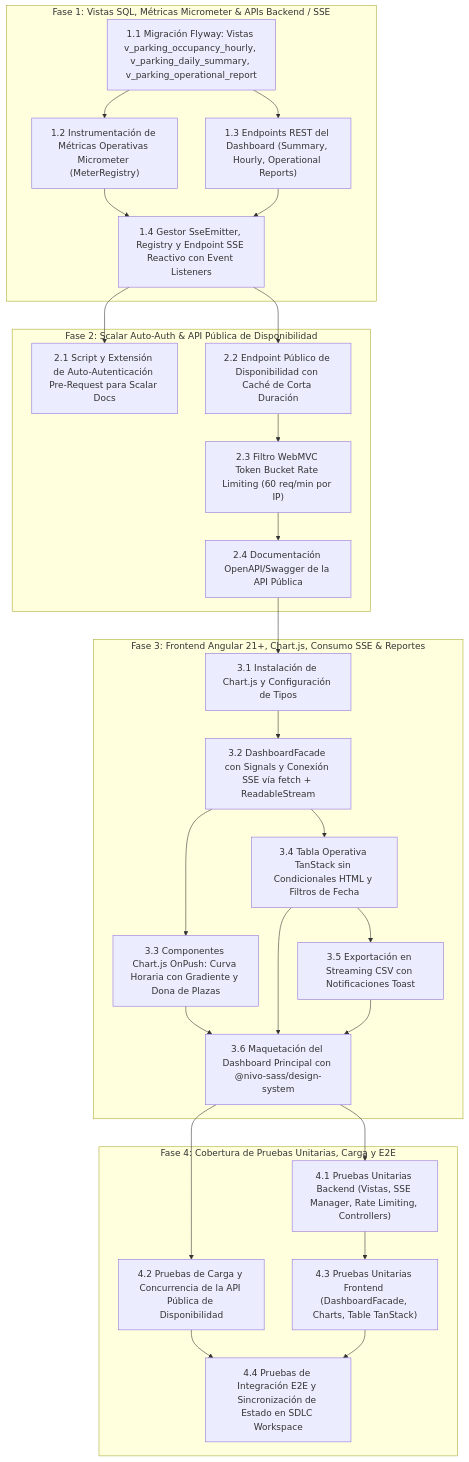
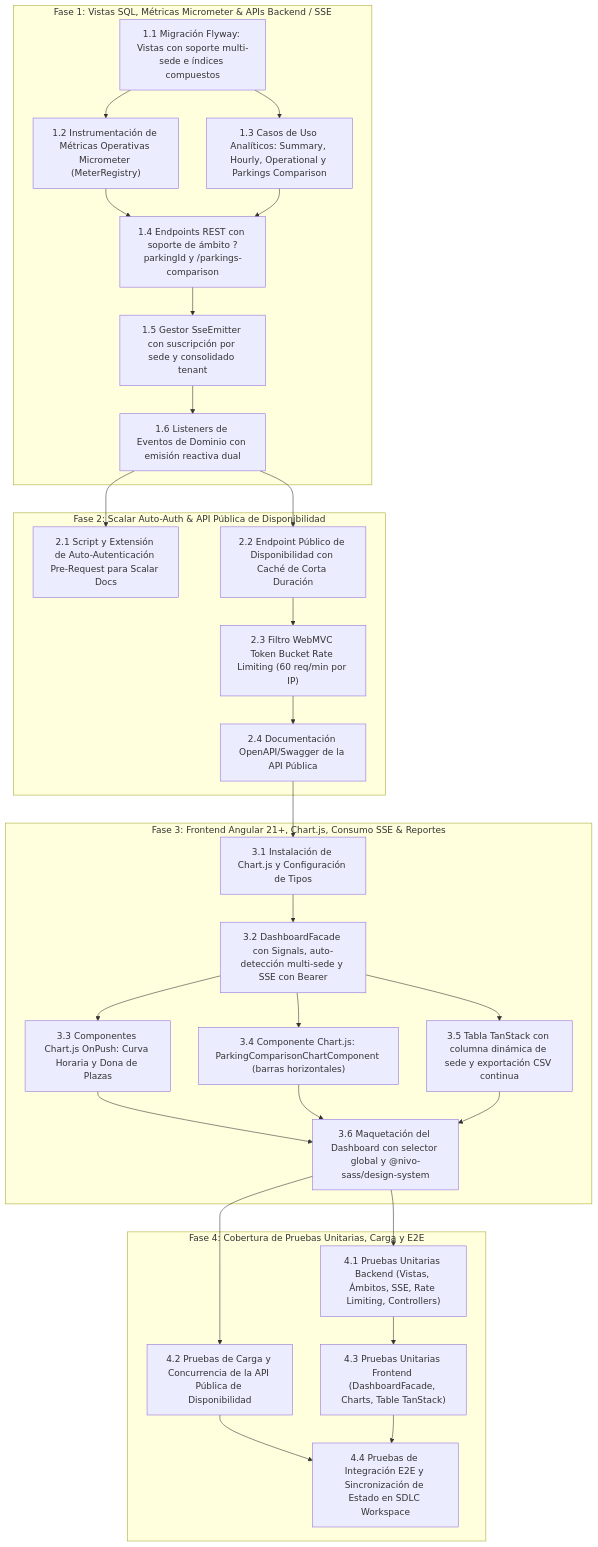
One commit to JuniorCorzo/Nivo changed the diagram in openspec/changes/2026-09-24-feat-nivo-dashboard/tasks.md. Above: the diagram before and after it, drawn with Mermaid. The commit also changed other lines of this file and 7 other files, not shown here.

Commit message:
docs(openspec): add multi-parking tenant consolidated analytics and comparison design

````diff
--- a/openspec/changes/2026-09-24-feat-nivo-dashboard/tasks.md
+++ b/openspec/changes/2026-09-24-feat-nivo-dashboard/tasks.md
@@ -5,54 +5,58 @@
 ```mermaid
 flowchart TD
     subgraph Phase1["Fase 1: Vistas SQL, Métricas Micrometer & APIs Backend / SSE"]
-        T1_1["1.1 Migración Flyway: Vistas v_parking_occupancy_hourly, v_parking_daily_summary, v_parking_operational_report"]
+        T1_1["1.1 Migración Flyway: Vistas con soporte multi-sede e índices compuestos"]
         T1_2["1.2 Instrumentación de Métricas Operativas Micrometer (MeterRegistry)"]
-        T1_3["1.3 Endpoints REST del Dashboard (Summary, Hourly, Operational Reports)"]
-        T1_4["1.4 Gestor SseEmitter, Registry y Endpoint SSE Reactivo con Event Listeners"]
+        T1_3["1.3 Casos de Uso Analíticos: Summary, Hourly, Operational y Parkings Comparison"]
+        T1_4["1.4 Endpoints REST con soporte de ámbito ?parkingId y /parkings-comparison"]
+        T1_5["1.5 Gestor SseEmitter con suscripción por sede y consolidado tenant"]
+        T1_6["1.6 Listeners de Eventos de Dominio con emisión reactiva dual"]
     end
 
     subgraph Phase2["Fase 2: Scalar Auto-Auth & API Pública de Disponibilidad"]
         T2_1["2.1 Script y Extensión de Auto-Autenticación Pre-Request para Scalar Docs"]
         T2_2["2.2 Endpoint Público de Disponibilidad con Caché de Corta Duración"]
         T2_3["2.3 Filtro WebMVC Token Bucket Rate Limiting (60 req/min por IP)"]
         T2_4["2.4 Documentación OpenAPI/Swagger de la API Pública"]
     end
 
     subgraph Phase3["Fase 3: Frontend Angular 21+, Chart.js, Consumo SSE & Reportes"]
         T3_1["3.1 Instalación de Chart.js y Configuración de Tipos"]
-        T3_2["3.2 DashboardFacade con Signals y Conexión SSE vía fetch + ReadableStream"]
-        T3_3["3.3 Componentes Chart.js OnPush: Curva Horaria con Gradiente y Dona de Plazas"]
-        T3_4["3.4 Tabla Operativa TanStack sin Condicionales HTML y Filtros de Fecha"]
-        T3_5["3.5 Exportación en Streaming CSV con Notificaciones Toast"]
-        T3_6["3.6 Maquetación del Dashboard Principal con @nivo-sass/design-system"]
+        T3_2["3.2 DashboardFacade con Signals, auto-detección multi-sede y SSE con Bearer"]
+        T3_3["3.3 Componentes Chart.js OnPush: Curva Horaria y Dona de Plazas"]
+        T3_4["3.4 Componente Chart.js: ParkingComparisonChartComponent (barras horizontales)"]
+        T3_5["3.5 Tabla TanStack con columna dinámica de sede y exportación CSV continua"]
+        T3_6["3.6 Maquetación del Dashboard con selector global y @nivo-sass/design-system"]
     end
 
     subgraph Phase4["Fase 4: Cobertura de Pruebas Unitarias, Carga y E2E"]
-        T4_1["4.1 Pruebas Unitarias Backend (Vistas, SSE Manager, Rate Limiting, Controllers)"]
+        T4_1["4.1 Pruebas Unitarias Backend (Vistas, Ámbitos, SSE, Rate Limiting, Controllers)"]
         T4_2["4.2 Pruebas de Carga y Concurrencia de la API Pública de Disponibilidad"]
         T4_3["4.3 Pruebas Unitarias Frontend (DashboardFacade, Charts, Table TanStack)"]
         T4_4["4.4 Pruebas de Integración E2E y Sincronización de Estado en SDLC Workspace"]
     end
 
     T1_1 --> T1_2
     T1_1 --> T1_3
     T1_2 --> T1_4
     T1_3 --> T1_4
-    T1_4 --> T2_1
-    T1_4 --> T2_2
+    T1_4 --> T1_5
+    T1_5 --> T1_6
+    T1_6 --> T2_1
+    T1_6 --> T2_2
     T2_2 --> T2_3
     T2_3 --> T2_4
     T2_4 --> T3_1
     T3_1 --> T3_2
     T3_2 --> T3_3
     T3_2 --> T3_4
-    T3_4 --> T3_5
+    T3_2 --> T3_5
     T3_3 --> T3_6
     T3_4 --> T3_6
     T3_5 --> T3_6
     T3_6 --> T4_1
     T3_6 --> T4_2
     T4_1 --> T4_3
     T4_2 --> T4_4
     T4_3 --> T4_4
 ```
````
